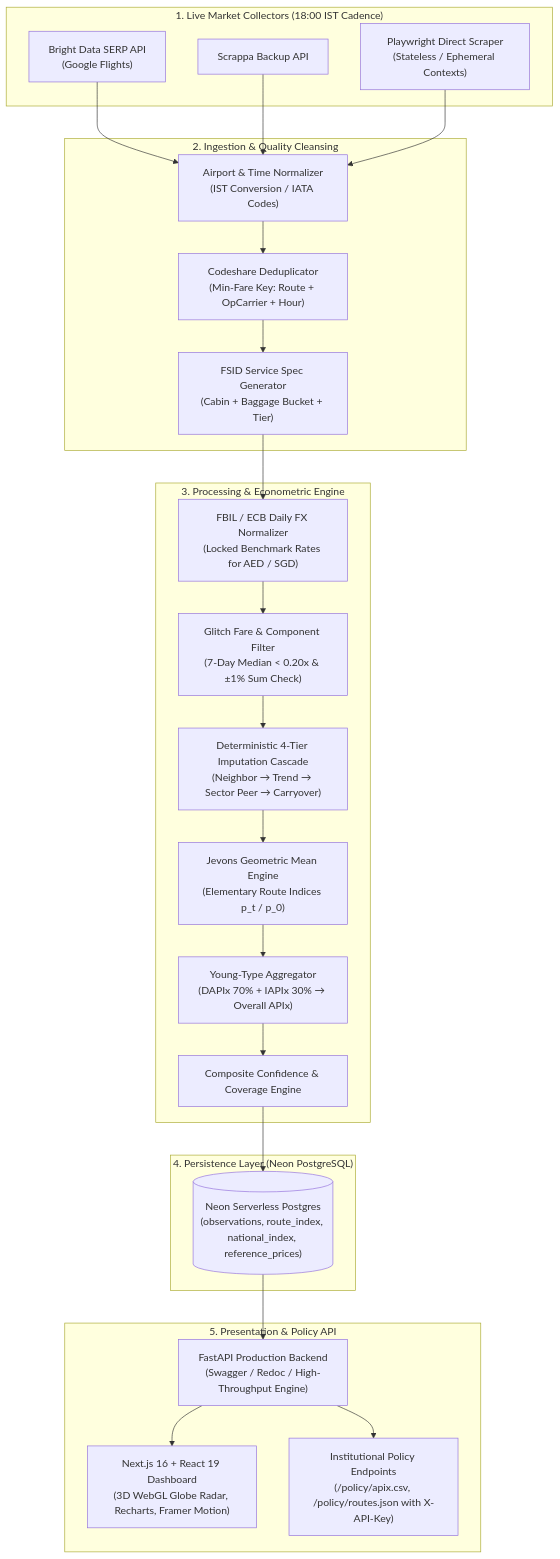
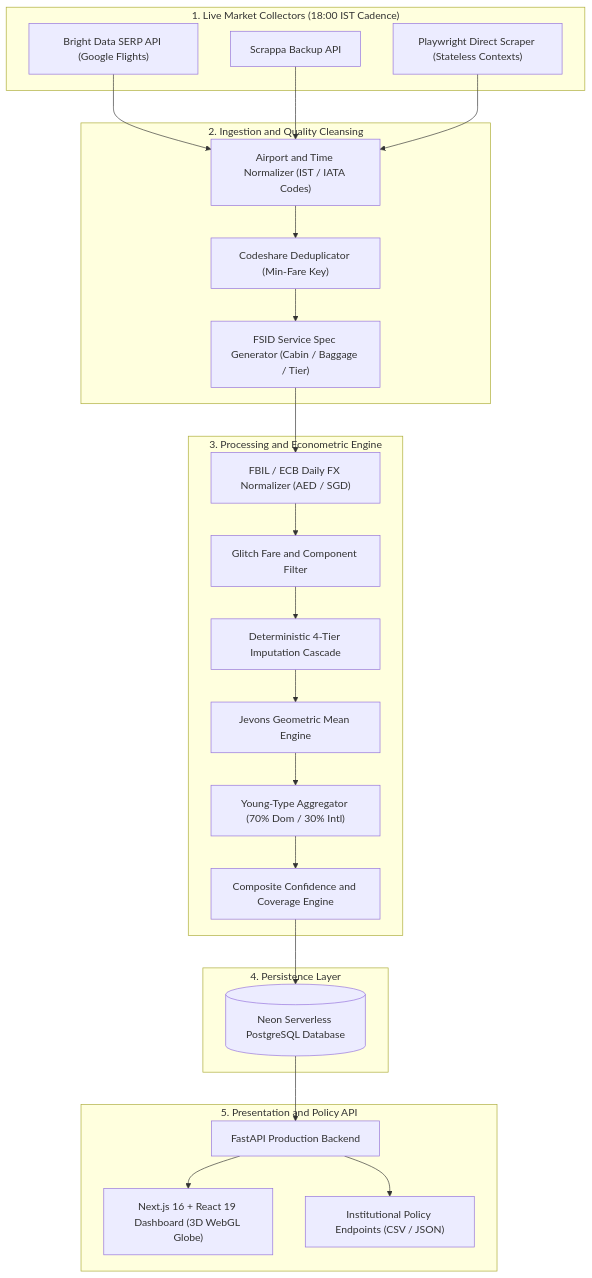
One commit to x-anish-y/FlyWise changed the diagram in README.md. Above: the diagram before and after it, drawn with Mermaid.

Commit message:
fix(docs): resolve Mermaid flowchart rendering error on GitHub

````diff
--- a/README.md
+++ b/README.md
@@ -68,43 +68,49 @@
 ```mermaid
-flowchart TD
+graph TD
     subgraph S1["1. Live Market Collectors (18:00 IST Cadence)"]
-        BD["Bright Data SERP API<br/>(Google Flights)"]
+        BD["Bright Data SERP API (Google Flights)"]
         SC["Scrappa Backup API"]
-        PW["Playwright Direct Scraper<br/>(Stateless / Ephemeral Contexts)"]
+        PW["Playwright Direct Scraper (Stateless Contexts)"]
     end
 
-    subgraph S2["2. Ingestion & Quality Cleansing"]
-        NORM["Airport & Time Normalizer<br/>(IST Conversion / IATA Codes)"]
-        DEDUP["Codeshare Deduplicator<br/>(Min-Fare Key: Route + OpCarrier + Hour)"]
-        SPEC["FSID Service Spec Generator<br/>(Cabin + Baggage Bucket + Tier)"]
+    subgraph S2["2. Ingestion and Quality Cleansing"]
+        NORM["Airport and Time Normalizer (IST / IATA Codes)"]
+        DEDUP["Codeshare Deduplicator (Min-Fare Key)"]
+        SPEC["FSID Service Spec Generator (Cabin / Baggage / Tier)"]
     end
 
-    subgraph S3["3. Processing & Econometric Engine"]
-        FX["FBIL / ECB Daily FX Normalizer<br/>(Locked Benchmark Rates for AED / SGD)"]
-        QC["Glitch Fare & Component Filter<br/>(7-Day Median < 0.20x & ±1% Sum Check)"]
-        IMP["Deterministic 4-Tier Imputation Cascade<br/>(Neighbor → Trend → Sector Peer → Carryover)"]
-        JEV["Jevons Geometric Mean Engine<br/>(Elementary Route Indices p_t / p_0)"]
-        AGG["Young-Type Aggregator<br/>(DAPIx 70% + IAPIx 30% → Overall APIx)"]
-        CONF["Composite Confidence & Coverage Engine"]
+    subgraph S3["3. Processing and Econometric Engine"]
+        FX["FBIL / ECB Daily FX Normalizer (AED / SGD)"]
+        QC["Glitch Fare and Component Filter"]
+        IMP["Deterministic 4-Tier Imputation Cascade"]
+        JEV["Jevons Geometric Mean Engine"]
+        AGG["Young-Type Aggregator (70% Dom / 30% Intl)"]
+        CONF["Composite Confidence and Coverage Engine"]
     end
 
-    subgraph S4["4. Persistence Layer (Neon PostgreSQL)"]
-        DB[("Neon Serverless Postgres<br/>(observations, route_index, national_index, reference_prices)")]
+    subgraph S4["4. Persistence Layer"]
+        DB[("Neon Serverless PostgreSQL Database")]
     end
 
-    subgraph S5["5. Presentation & Policy API"]
-        FASTAPI["FastAPI Production Backend<br/>(Swagger / Redoc / High-Throughput Engine)"]
-        DASH["Next.js 16 + React 19 Dashboard<br/>(3D WebGL Globe Radar, Recharts, Framer Motion)"]
-        POLICY["Institutional Policy Endpoints<br/>(/policy/apix.csv, /policy/routes.json with X-API-Key)"]
+    subgraph S5["5. Presentation and Policy API"]
+        FASTAPI["FastAPI Production Backend"]
+        DASH["Next.js 16 + React 19 Dashboard (3D WebGL Globe)"]
+        POLICY["Institutional Policy Endpoints (CSV / JSON)"]
     end
 
     BD --> NORM
     SC --> NORM
     PW --> NORM
-    NORM --> DEDUP --> SPEC
-    SPEC --> FX --> QC --> IMP --> JEV --> AGG --> CONF
+    NORM --> DEDUP
+    DEDUP --> SPEC
+    SPEC --> FX
+    FX --> QC
+    QC --> IMP
+    IMP --> JEV
+    JEV --> AGG
+    AGG --> CONF
     CONF --> DB
     DB --> FASTAPI
     FASTAPI --> DASH
     FASTAPI --> POLICY
 ```
````
